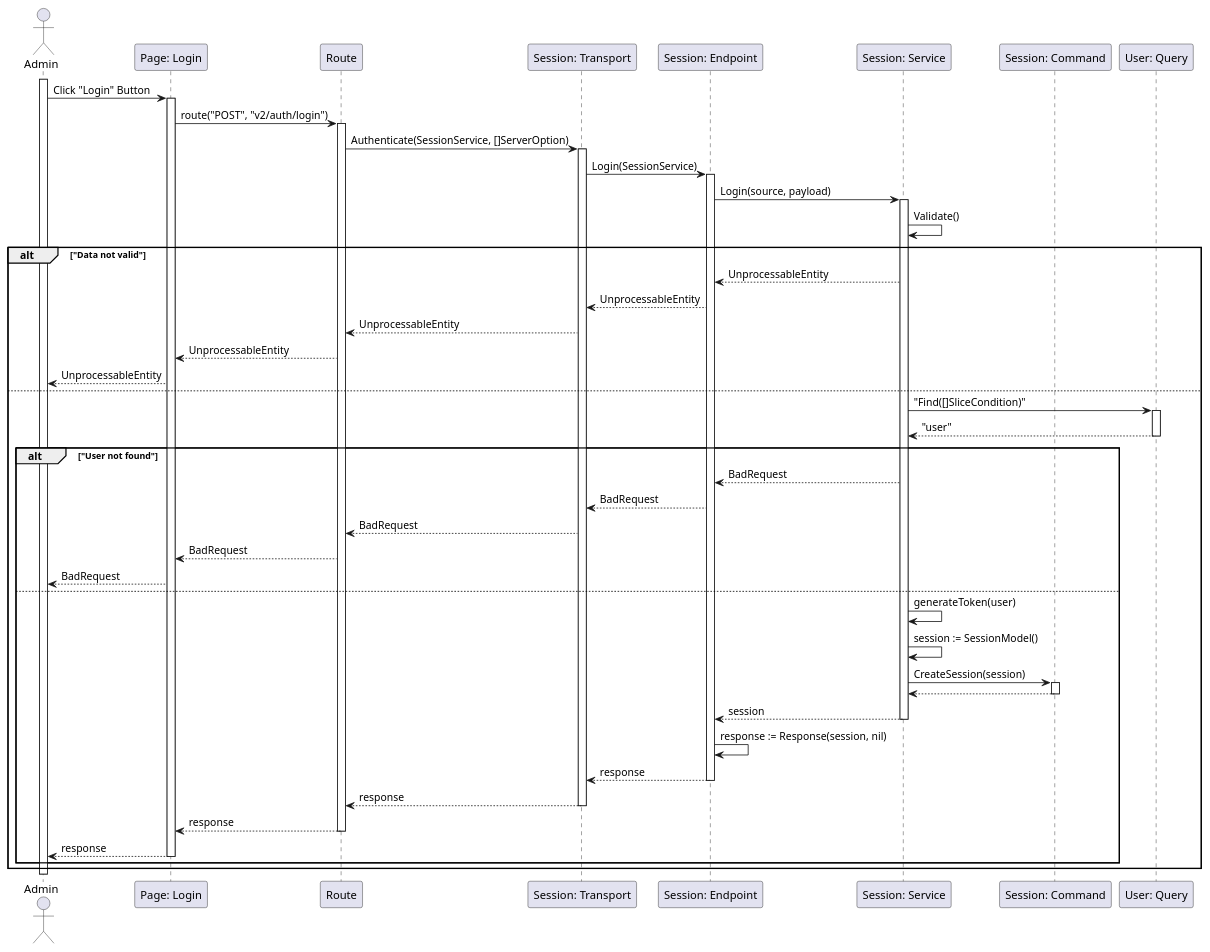
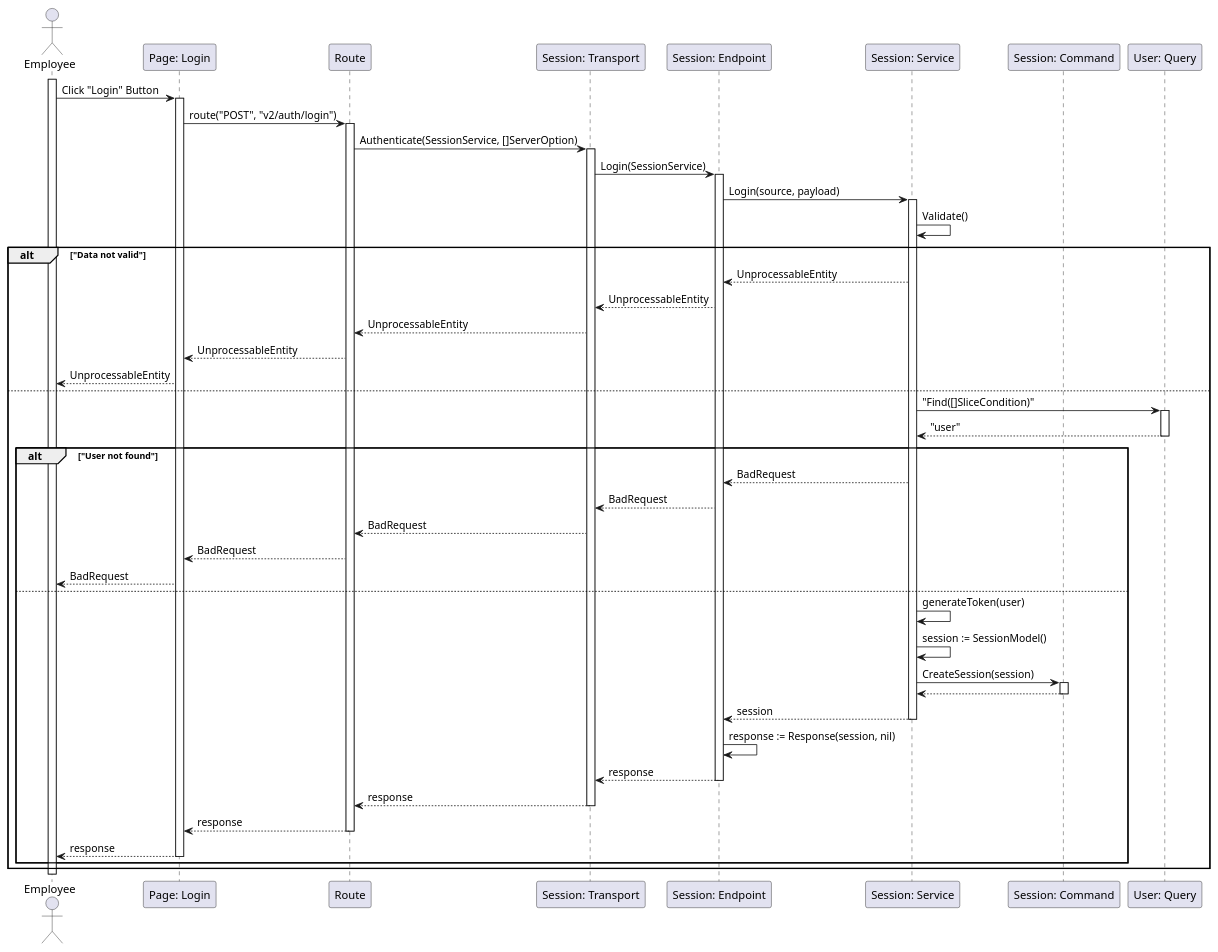
One commit to fwidjaya20/fazzlearning-uml changed the diagram in Sequance/Release01/Login.wsd. Above: the diagram before and after it, drawn with PlantUML. The commit also changed 1 other file, not shown here.

Commit message:
sequence: updating binding fetched data on Login and Regis

```diff
--- a/Sequance/Release01/Login.wsd
+++ b/Sequance/Release01/Login.wsd
@@ -1,67 +1,67 @@
 @startuml Login
 
-actor Admin
+actor Employee
 participant "Page: Login" as LoginPage
 participant "Route" as Route
 participant "Session: Transport" as SessionTransport
 participant "Session: Endpoint" as SessionEndpoint
 participant "Session: Service" as SessionService
 participant "Session: Command" as SessionCommand
 participant "User: Query" as UserQuery
 
-activate Admin
+activate Employee
 
-Admin->LoginPage: Click "Login" Button
+Employee->LoginPage: Click "Login" Button
 activate LoginPage
 LoginPage->Route: route("POST", "v2/auth/login")
 activate Route
 Route->SessionTransport: Authenticate(SessionService, []ServerOption)
 activate SessionTransport
 SessionTransport->SessionEndpoint: Login(SessionService)
 activate SessionEndpoint
 SessionEndpoint->SessionService: Login(source, payload)
 activate SessionService
 SessionService->SessionService: Validate()
 
 alt "Data not valid"
     SessionService-->SessionEndpoint: UnprocessableEntity
     SessionEndpoint-->SessionTransport: UnprocessableEntity
     SessionTransport-->Route: UnprocessableEntity
     Route-->LoginPage: UnprocessableEntity
-    LoginPage-->Admin: UnprocessableEntity
+    LoginPage-->Employee: UnprocessableEntity
 else
     SessionService->UserQuery: "Find([]SliceCondition)"
     activate UserQuery
     UserQuery-->SessionService: "user"
     deactivate UserQuery
 
     alt "User not found"
         SessionService-->SessionEndpoint: BadRequest
         SessionEndpoint-->SessionTransport: BadRequest
         SessionTransport-->Route: BadRequest
         Route-->LoginPage: BadRequest
-        LoginPage-->Admin: BadRequest
+        LoginPage-->Employee: BadRequest
     else
         SessionService->SessionService: generateToken(user)
         SessionService->SessionService: session := SessionModel()
         SessionService->SessionCommand: CreateSession(session)
         activate SessionCommand
         SessionCommand-->SessionService
         deactivate SessionCommand
         SessionService-->SessionEndpoint: session
         deactivate SessionService
         SessionEndpoint->SessionEndpoint: response := Response(session, nil)
         SessionEndpoint-->SessionTransport: response
         deactivate SessionEndpoint
         SessionTransport-->Route: response
         deactivate SessionTransport
         Route-->LoginPage: response
         deactivate Route
-        LoginPage-->Admin: response
+        LoginPage-->Employee: response
         deactivate LoginPage
     end
 end
 
-deactivate Admin
+deactivate Employee
 
 @enduml
```
